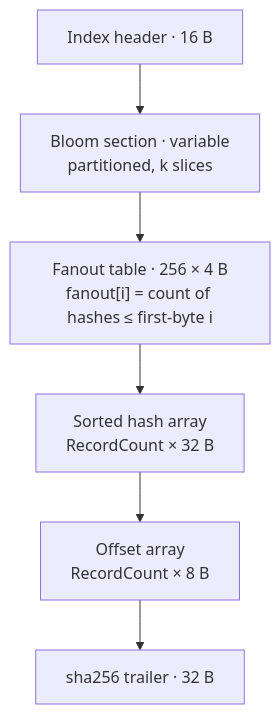
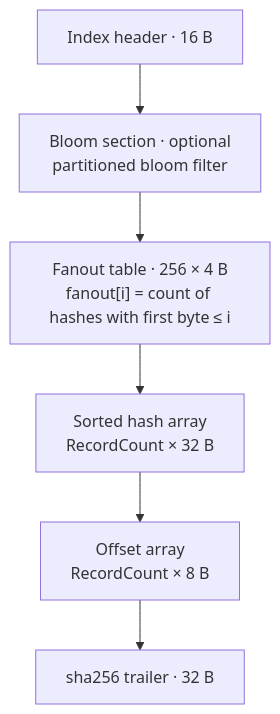
Before and after one commit to bondy-io/bondy: the fourth of 9 diagrams in apps/bondy_mst/doc_extras/architecture/02_bondy_mst.md, drawn with Mermaid. The commit also changed other lines of this file and 449 other files, not shown here.

````diff
--- a/apps/bondy_mst/doc_extras/architecture/02_bondy_mst.md
+++ b/apps/bondy_mst/doc_extras/architecture/02_bondy_mst.md
@@ -176,11 +186,11 @@
 ```mermaid
 flowchart TB
     H["Index header · 16 B"]
-    BL["Bloom section · variable<br/>partitioned, k slices"]
-    FT["Fanout table · 256 × 4 B<br/>fanout[i] = count of hashes ≤ first-byte i"]
+    BL["Bloom section · optional<br/>partitioned bloom filter"]
+    FT["Fanout table · 256 × 4 B<br/>fanout[i] = count of hashes with first byte ≤ i"]
     HA["Sorted hash array<br/>RecordCount × 32 B"]
     OA["Offset array<br/>RecordCount × 8 B"]
     TR["sha256 trailer · 32 B"]
 
     H --> BL --> FT --> HA --> OA --> TR
 ```
````
